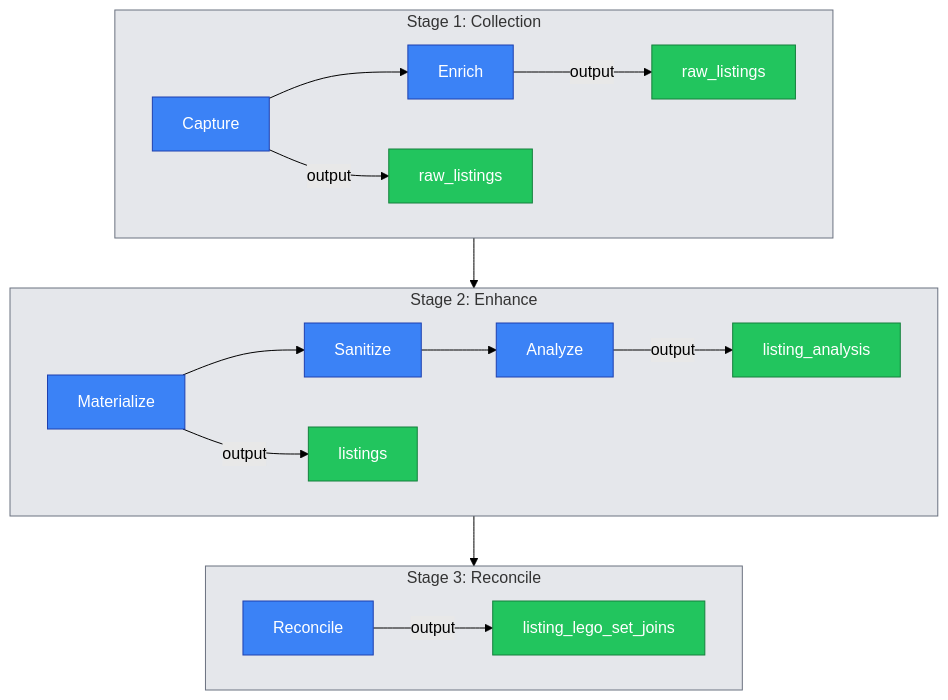
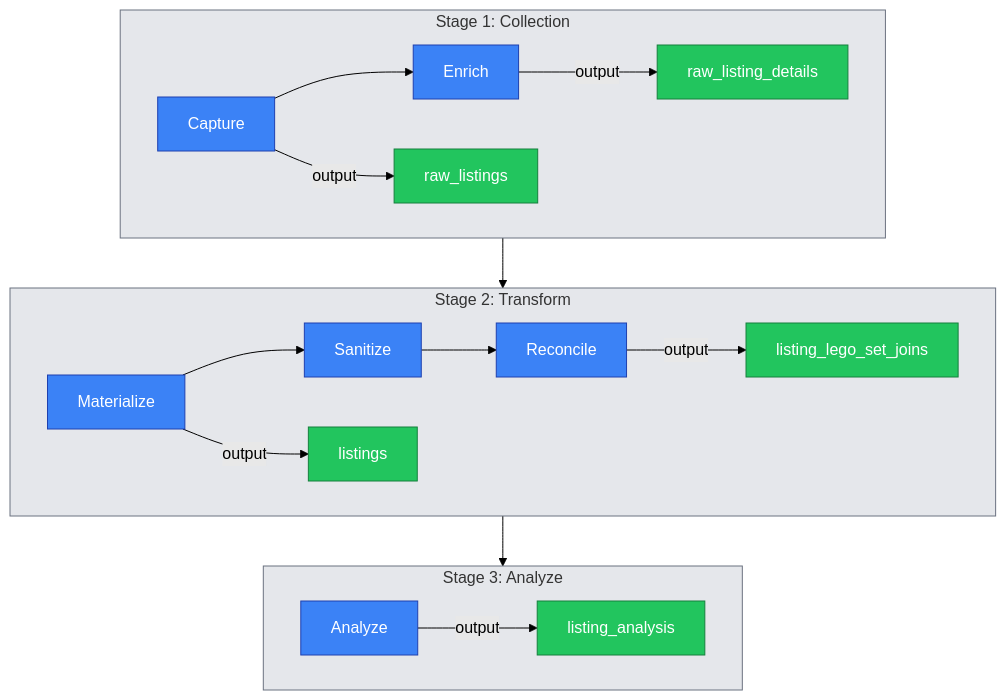
The first of 3 diagrams in docs/pipeline.md (jeshuamaxey/brick-index), drawn with Mermaid (forest theme) before and after one commit. The commit also changed other lines of this file and 8 other files, not shown here.

````diff
--- a/docs/pipeline.md
+++ b/docs/pipeline.md
@@ -9,46 +9,46 @@
 ```mermaid
 flowchart TB
     subgraph Stage1["Stage 1: Collection"]
         direction LR
         A[Capture] 
         B[Enrich]
         A --> B
         A -->|output| A1[raw_listings]
-        B -->|output| B1[raw_listings]
+        B -->|output| B1[raw_listing_details]
     end
     
-    subgraph Stage2["Stage 2: Enhance"]
+    subgraph Stage2["Stage 2: Transform"]
         direction LR
         C[Materialize]
         D[Sanitize]
-        E[Analyze]
+        E[Reconcile]
         C --> D
         D --> E
         C -->|output| C1[listings]
-        E -->|output| E1[listing_analysis]
+        E -->|output| E1[listing_lego_set_joins]
     end
     
-    subgraph Stage3["Stage 3: Reconcile"]
+    subgraph Stage3["Stage 3: Analyze"]
         direction LR
-        F[Reconcile]
-        F -->|output| F1[listing_lego_set_joins]
+        F[Analyze]
+        F -->|output| F1[listing_analysis]
     end
     
     B --> C
     E --> F
     
     style Stage1 fill:#e5e7eb,stroke:#6b7280
     style Stage2 fill:#e5e7eb,stroke:#6b7280
     style Stage3 fill:#e5e7eb,stroke:#6b7280
     style A fill:#3b82f6,stroke:#1e40af,color:#fff
     style B fill:#3b82f6,stroke:#1e40af,color:#fff
     style C fill:#3b82f6,stroke:#1e40af,color:#fff
     style D fill:#3b82f6,stroke:#1e40af,color:#fff
     style E fill:#3b82f6,stroke:#1e40af,color:#fff
     style F fill:#3b82f6,stroke:#1e40af,color:#fff
     style A1 fill:#22c55e,stroke:#15803d,color:#fff
     style B1 fill:#22c55e,stroke:#15803d,color:#fff
     style C1 fill:#22c55e,stroke:#15803d,color:#fff
     style E1 fill:#22c55e,stroke:#15803d,color:#fff
     style F1 fill:#22c55e,stroke:#15803d,color:#fff
 ```
````
